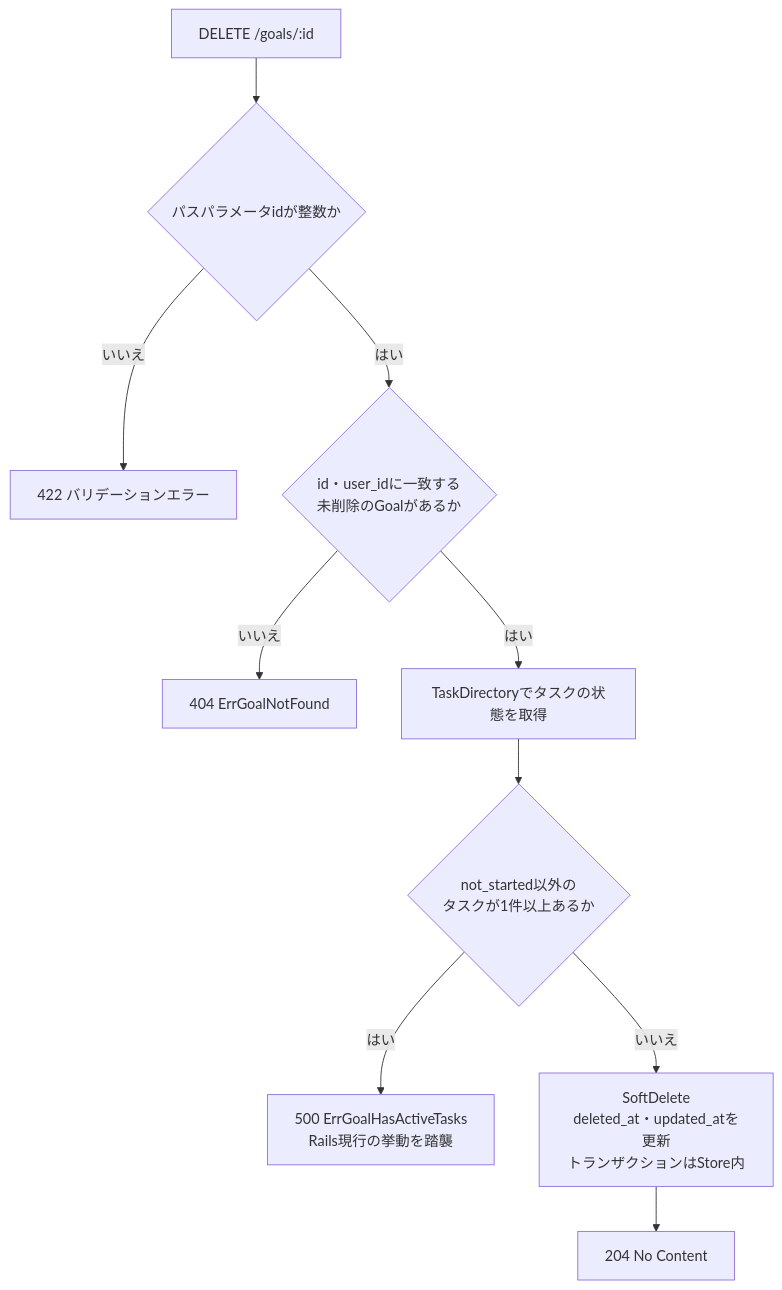
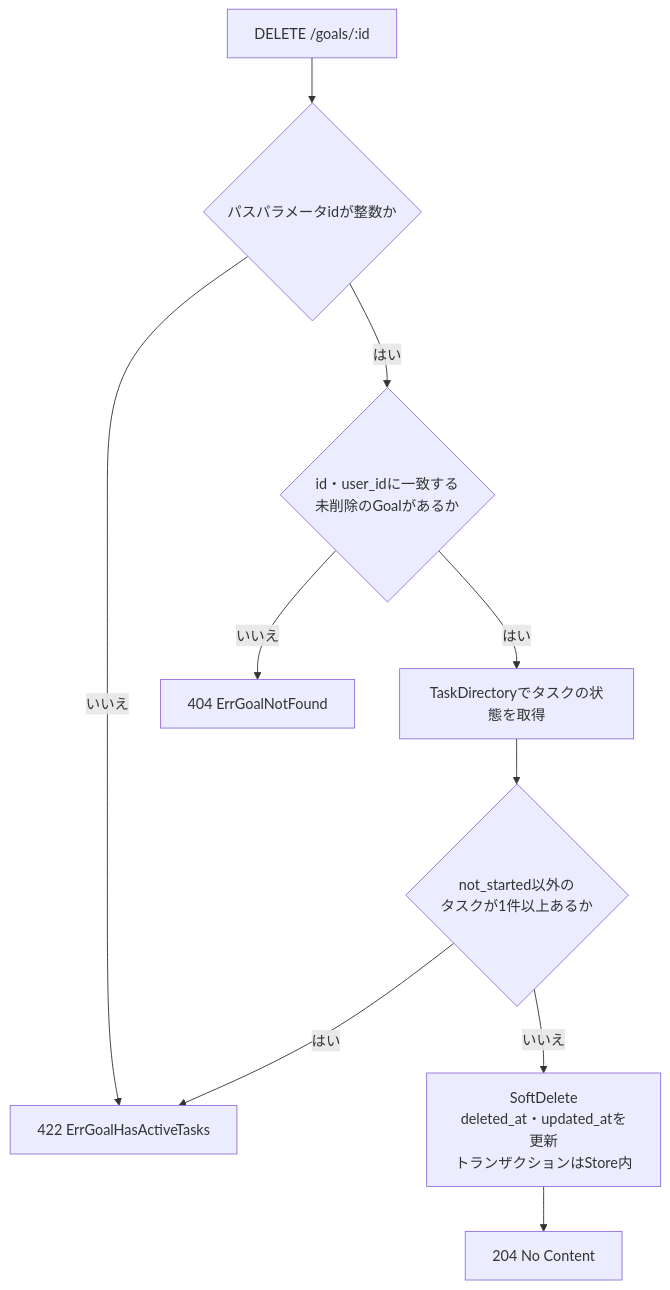
The sixth of 7 diagrams in 計画書/Go実装仕様書/目標管理機能_Go実装仕様書.md (yuta20253/edu-platform-go-design), drawn with Mermaid before and after one commit. The commit also changed other lines of this file and 2 other files, not shown here.

````diff
--- a/計画書/Go実装仕様書/目標管理機能_Go実装仕様書.md
+++ b/計画書/Go実装仕様書/目標管理機能_Go実装仕様書.md
@@ -385,12 +385,12 @@
 ```mermaid
 flowchart TD
     A[DELETE /goals/:id] --> B{パスパラメータidが整数か}
     B -- いいえ --> E422[422 バリデーションエラー]
     B -- はい --> D{id・user_idに一致する<br/>未削除のGoalがあるか}
     D -- いいえ --> E404[404 ErrGoalNotFound]
     D -- はい --> F[TaskDirectoryでタスクの状態を取得]
     F --> G{not_started以外の<br/>タスクが1件以上あるか}
-    G -- はい --> E500[500 ErrGoalHasActiveTasks<br/>Rails現行の挙動を踏襲]
+    G -- はい --> E422[422 ErrGoalHasActiveTasks]
     G -- いいえ --> H[SoftDelete<br/>deleted_at・updated_atを更新<br/>トランザクションはStore内]
     H --> J[204 No Content]
 ```
````
